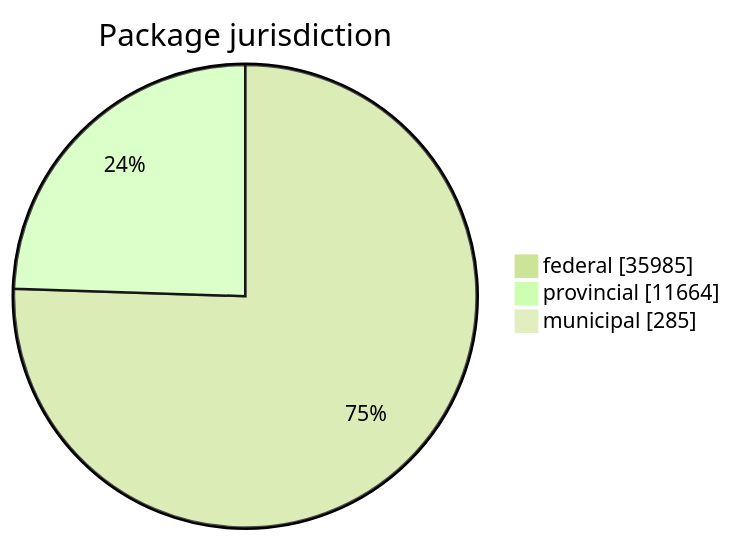
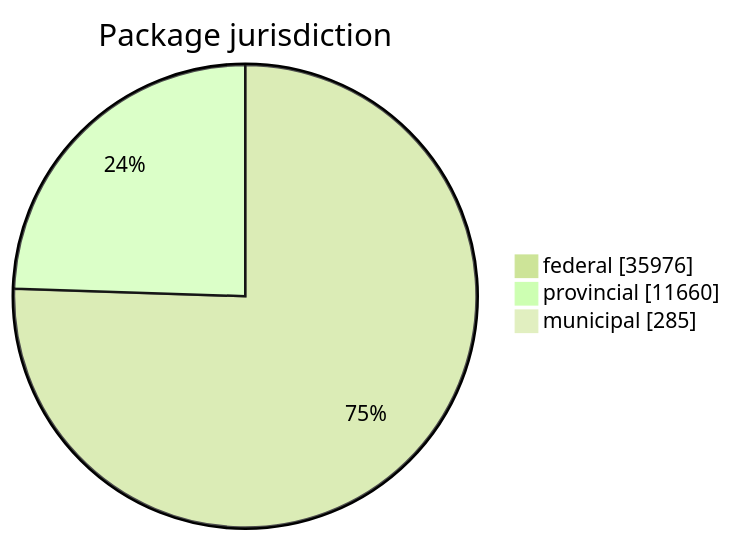
One commit to open-data/analytics-corporate-reporting changed the first of 5 diagrams in FreshCheck/README.md. Above: the diagram before and after it, drawn with Mermaid (forest theme). The commit also changed other lines of this file and 3 other files, not shown here.

````diff
--- a/FreshCheck/README.md
+++ b/FreshCheck/README.md
@@ -60,6 +60,6 @@
 ```mermaid
 pie showData title Package jurisdiction
-    "federal": 35985
-    "provincial": 11664
+    "federal": 35976
+    "provincial": 11660
     "municipal": 285
 ```
````
